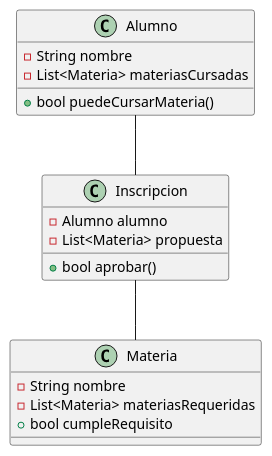
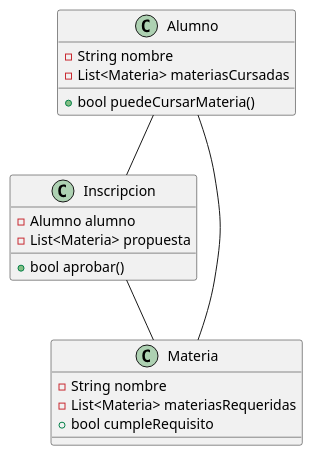
The diagram in diagrama.puml (eliseox/ValidadorCorrelativas), drawn with PlantUML before and after one commit.

Commit message:
Entrega-2

```diff
--- a/diagrama.puml
+++ b/diagrama.puml
@@ -1,22 +1,23 @@
 @startuml
 
 class Alumno {
   - String nombre
   - List<Materia> materiasCursadas
   + bool puedeCursarMateria()
 }
 
 class Materia {
   - String nombre
   - List<Materia> materiasRequeridas
   + bool cumpleRequisito
 }
 class Inscripcion{
   -Alumno alumno
   -List<Materia> propuesta
   +bool aprobar()
 }
 
 Alumno --  Inscripcion
 Inscripcion -- Materia
+Materia -- Alumno
 @enduml
```
